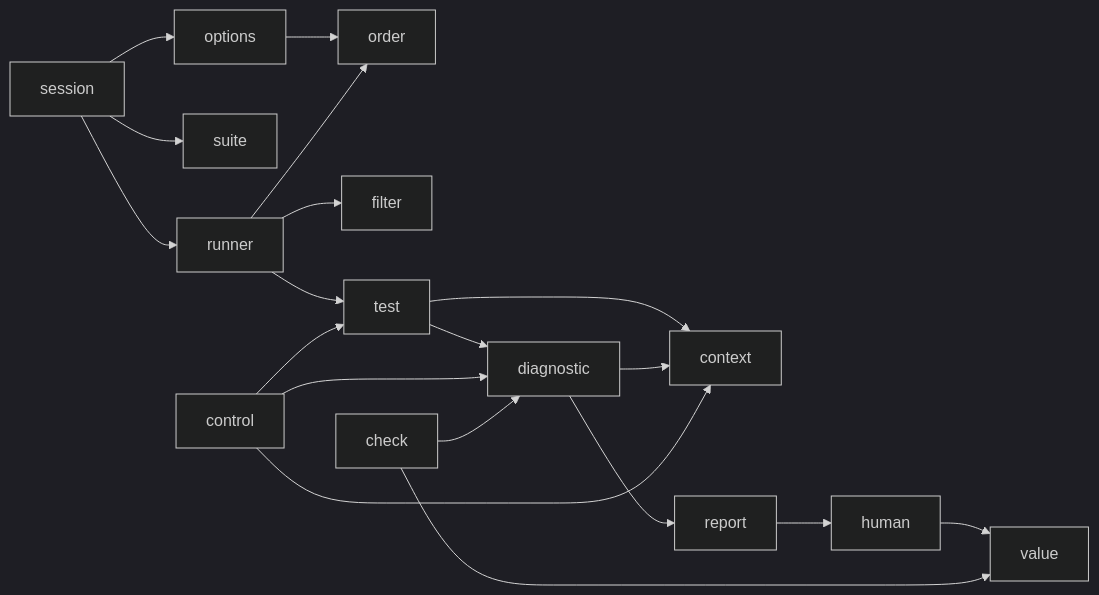
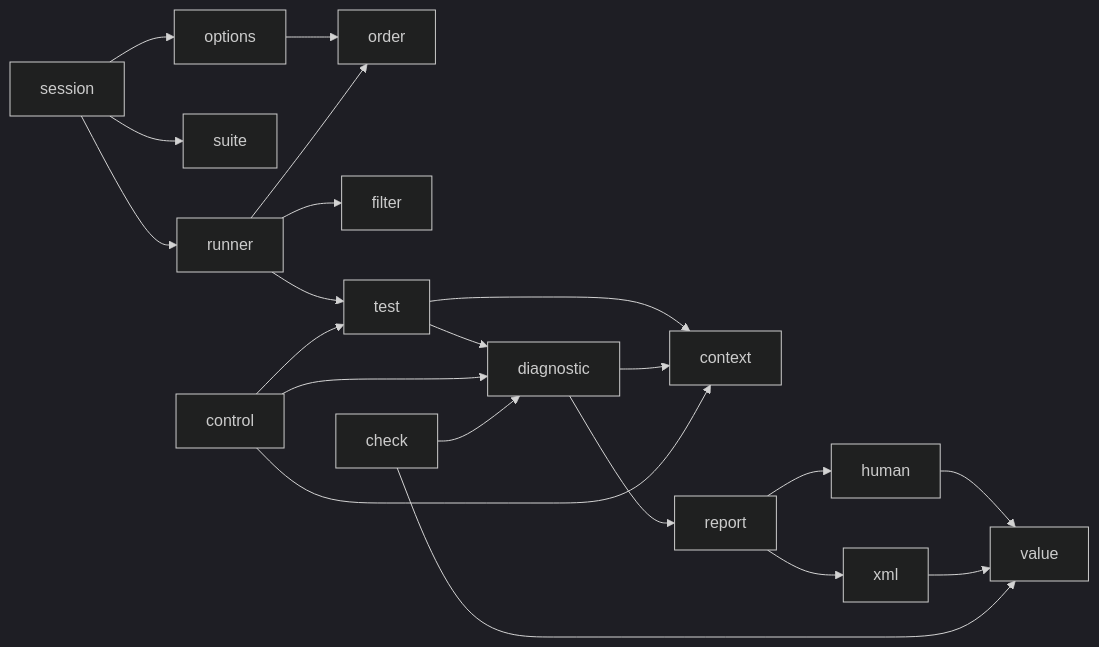
Before and after one commit to vabelorg/naos: the diagram in docs/development/architecture.md, drawn with Mermaid (dark theme). The commit also changed other lines of this file and 60 other files, not shown here.

````diff
--- a/docs/development/architecture.md
+++ b/docs/development/architecture.md
@@ -53,13 +54,13 @@
 ```mermaid
 flowchart LR
   session --> options --> order
   session --> suite
   session --> runner
   runner --> filter & order
   runner --> test --> diagnostic
   test --> context
   diagnostic --> context
-  diagnostic --> report --> human --> value
+  diagnostic --> report --> human & xml --> value
   control --> test & diagnostic & context
   check --> diagnostic & value
 ```
````
